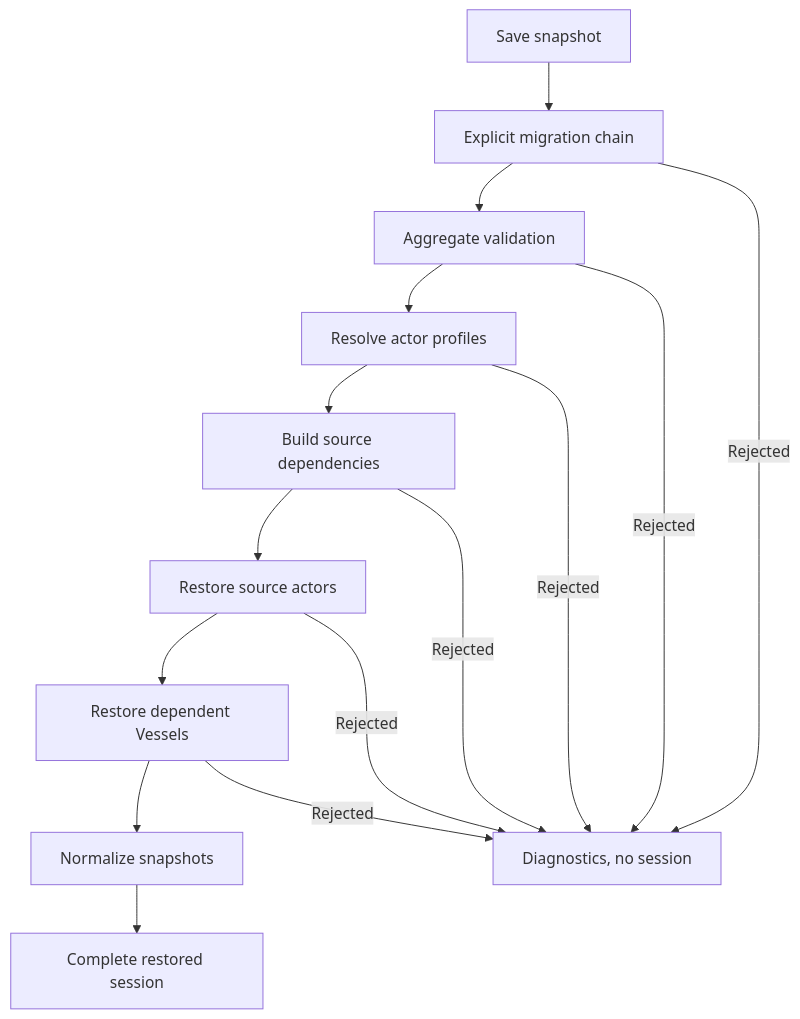
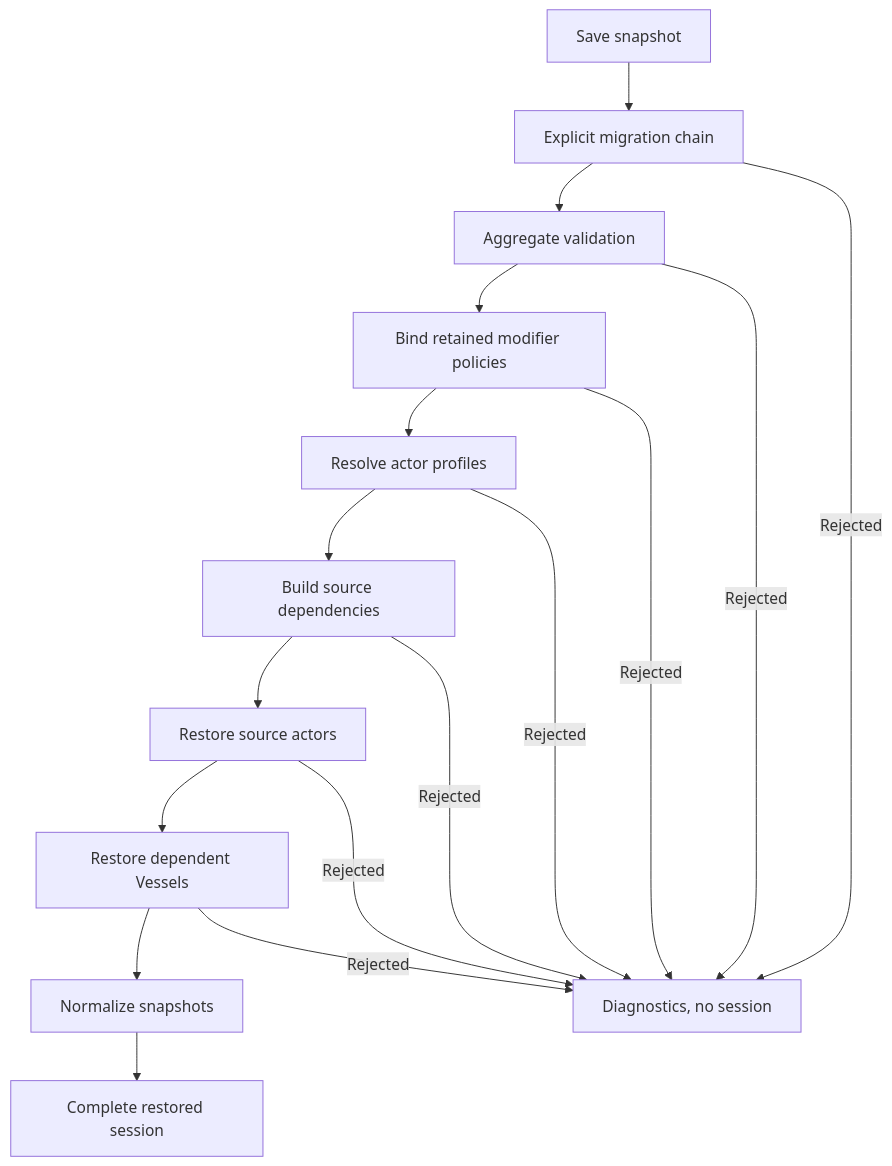
One commit to KayelC/Convergence changed the fourth of 4 diagrams in docs/technical/runtime-actor-state-and-restoration.md. Above: the diagram before and after it, drawn with Mermaid. The commit also changed other lines of this file and 34 other files, not shown here.

````diff
--- a/docs/technical/runtime-actor-state-and-restoration.md
+++ b/docs/technical/runtime-actor-state-and-restoration.md
@@ -340,17 +346,19 @@
 ```mermaid
 flowchart TD
     Input["Save snapshot"] --> Migration["Explicit migration chain"]
     Migration --> Validation["Aggregate validation"]
-    Validation --> Profiles["Resolve actor profiles"]
+    Validation --> Modifiers["Bind retained modifier policies"]
+    Modifiers --> Profiles["Resolve actor profiles"]
     Profiles --> Graph["Build source dependencies"]
     Graph --> RestoreSources["Restore source actors"]
     RestoreSources --> RestoreVessels["Restore dependent Vessels"]
     RestoreVessels --> Normalize["Normalize snapshots"]
     Normalize --> Success["Complete restored session"]
     Migration -->|Rejected| Failure["Diagnostics, no session"]
     Validation -->|Rejected| Failure
+    Modifiers -->|Rejected| Failure
     Profiles -->|Rejected| Failure
     Graph -->|Rejected| Failure
     RestoreSources -->|Rejected| Failure
     RestoreVessels -->|Rejected| Failure
 ```
````
